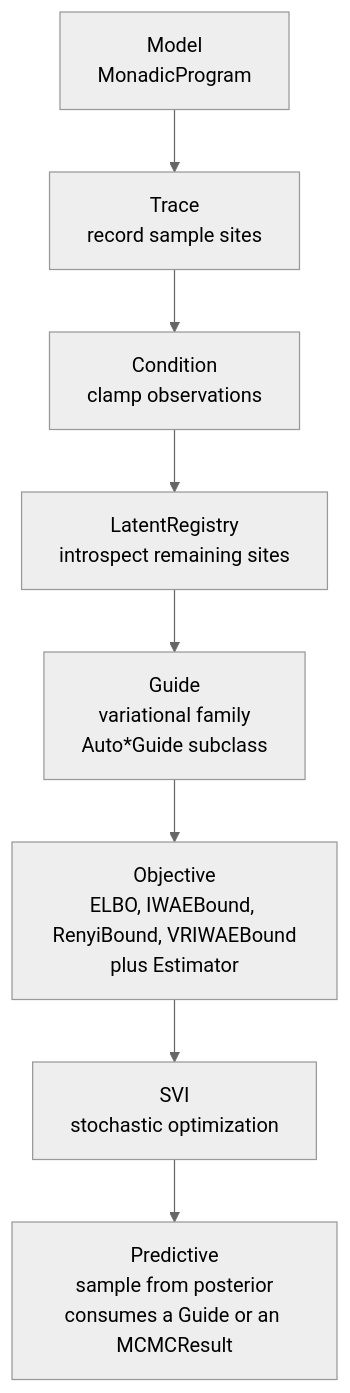
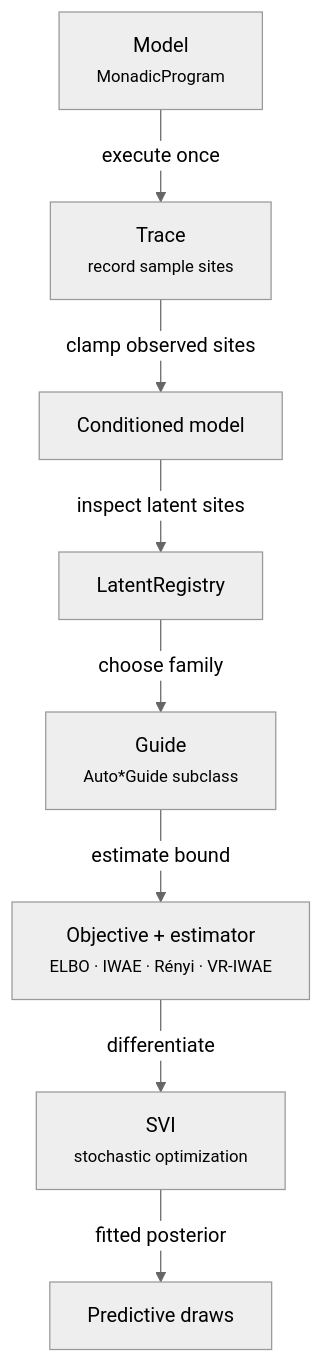
Before and after one commit to FACTSlab/quivers: the second of 2 diagrams in docs/guides/inference-foundations.md, drawn with Mermaid (neutral theme). The commit also changed other lines of this file and 106 other files, not shown here.

````diff
--- a/docs/guides/inference-foundations.md
+++ b/docs/guides/inference-foundations.md
@@ -36,12 +39,13 @@
 ```mermaid
 flowchart TB
-    M["Model<br/>MonadicProgram"]
-    T["Trace<br/>record sample sites"]
-    C["Condition<br/>clamp observations"]
-    LR["LatentRegistry<br/>introspect remaining sites"]
-    G["Guide<br/>variational family<br/>Auto*Guide subclass"]
-    O["Objective<br/>ELBO, IWAEBound, RenyiBound, VRIWAEBound<br/>plus Estimator"]
-    S["SVI<br/>stochastic optimization"]
-    P["Predictive<br/>sample from posterior<br/>consumes a Guide or an MCMCResult"]
-    M --> T --> C --> LR --> G --> O --> S --> P
+    M["Model<br/><small>MonadicProgram</small>"] -->|execute once| T["Trace<br/><small>record sample sites</small>"]
+    T -->|clamp observed sites| C["Conditioned model"]
+    C -->|inspect latent sites| LR["LatentRegistry"]
+    LR -->|choose family| G["Guide<br/><small>Auto*Guide subclass</small>"]
+    G -->|estimate bound| O["Objective + estimator<br/><small>ELBO · IWAE · Rényi · VR-IWAE</small>"]
+    O -->|differentiate| S["SVI<br/><small>stochastic optimization</small>"]
+    S -->|fitted posterior| P["Predictive draws"]
+    class M qv-input
+    class T,C,LR,G,O qv-checked
+    class S,P qv-output
 ```
````
